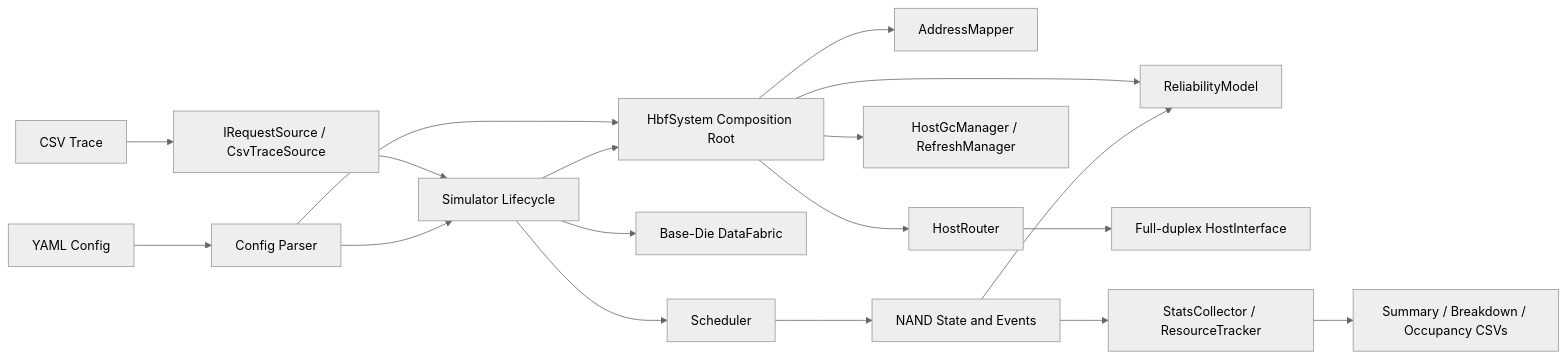
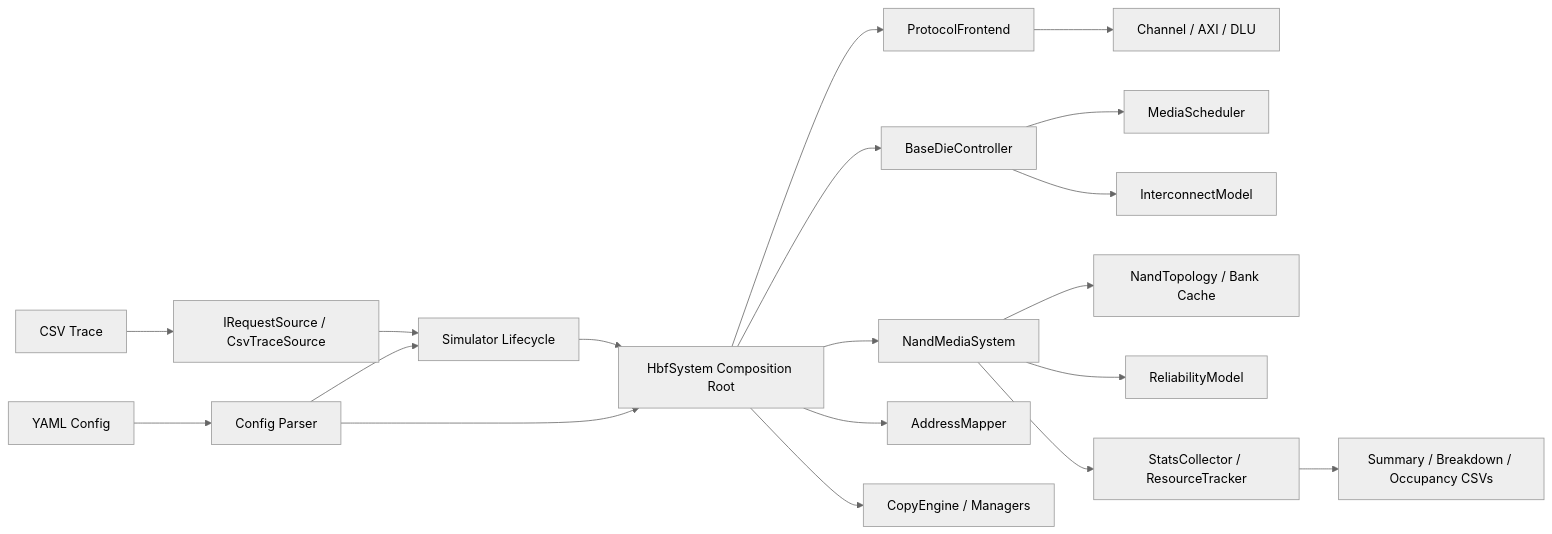
One commit to litao1991/hbfsim changed the first of 3 diagrams in docs/ARCHITECTURE.md. Above: the diagram before and after it, drawn with Mermaid (neutral theme). The commit also changed other lines of this file and 77 other files, not shown here.

````diff
--- a/docs/ARCHITECTURE.md
+++ b/docs/ARCHITECTURE.md
@@ -17,20 +17,21 @@
 ```mermaid
 flowchart LR
     T[CSV Trace] --> TR[IRequestSource / CsvTraceSource]
     C[YAML Config] --> CR[Config Parser]
     TR --> S[Simulator Lifecycle]
     CR --> S
     CR --> SYS[HbfSystem Composition Root]
     S --> SYS
+    SYS --> P[ProtocolFrontend]
+    SYS --> BC[BaseDieController]
+    SYS --> N[NandMediaSystem]
     SYS --> M[AddressMapper]
-    SYS --> HR[HostRouter]
-    SYS --> R[ReliabilityModel]
-    SYS --> MG[HostGcManager / RefreshManager]
-    HR --> H[Full-duplex HostInterface]
-    S --> F[Base-Die DataFabric]
-    S --> Q[Scheduler]
-    Q --> N[NAND State and Events]
-    N --> R
+    SYS --> X[CopyEngine / Managers]
+    P --> CH[Channel / AXI / DLU]
+    BC --> Q[MediaScheduler]
+    BC --> F[InterconnectModel]
+    N --> TP[NandTopology / Bank Cache]
+    N --> R[ReliabilityModel]
     N --> ST[StatsCollector / ResourceTracker]
     ST --> O[Summary / Breakdown / Occupancy CSVs]
 ```
````
